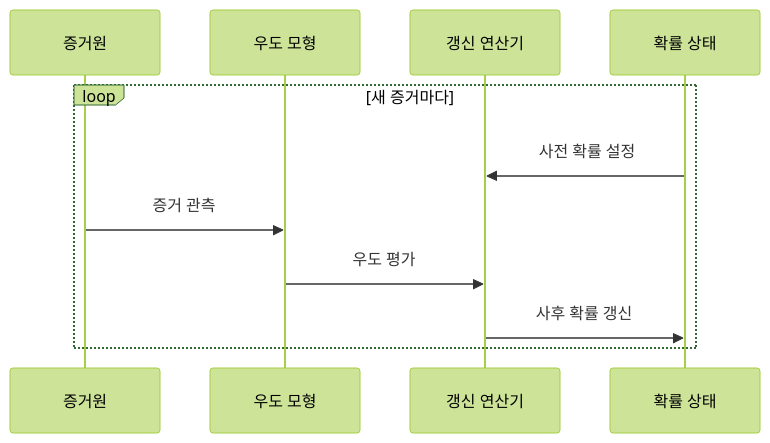
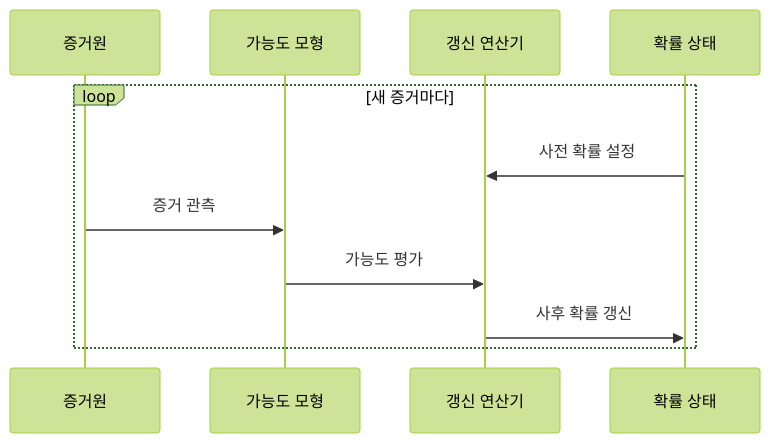
The second of 2 diagrams in src/content/docs/notes/01-basic-theory/031_bayes_theorem.md (agnusdei1207/knowledge-base), drawn with Mermaid (forest theme) before and after one commit. The commit also changed other lines of this file and 2 other files, not shown here.

````diff
--- a/src/content/docs/notes/01-basic-theory/031_bayes_theorem.md
+++ b/src/content/docs/notes/01-basic-theory/031_bayes_theorem.md
@@ -86,13 +86,13 @@
 ```mermaid
 sequenceDiagram
     participant O as 증거원
-    participant L as 우도 모형
+    participant L as 가능도 모형
     participant U as 갱신 연산기
     participant S as 확률 상태
     loop 새 증거마다
         S->>U: 사전 확률 설정
         O->>L: 증거 관측
-        L->>U: 우도 평가
+        L->>U: 가능도 평가
         U->>S: 사후 확률 갱신
     end
 ```
````
